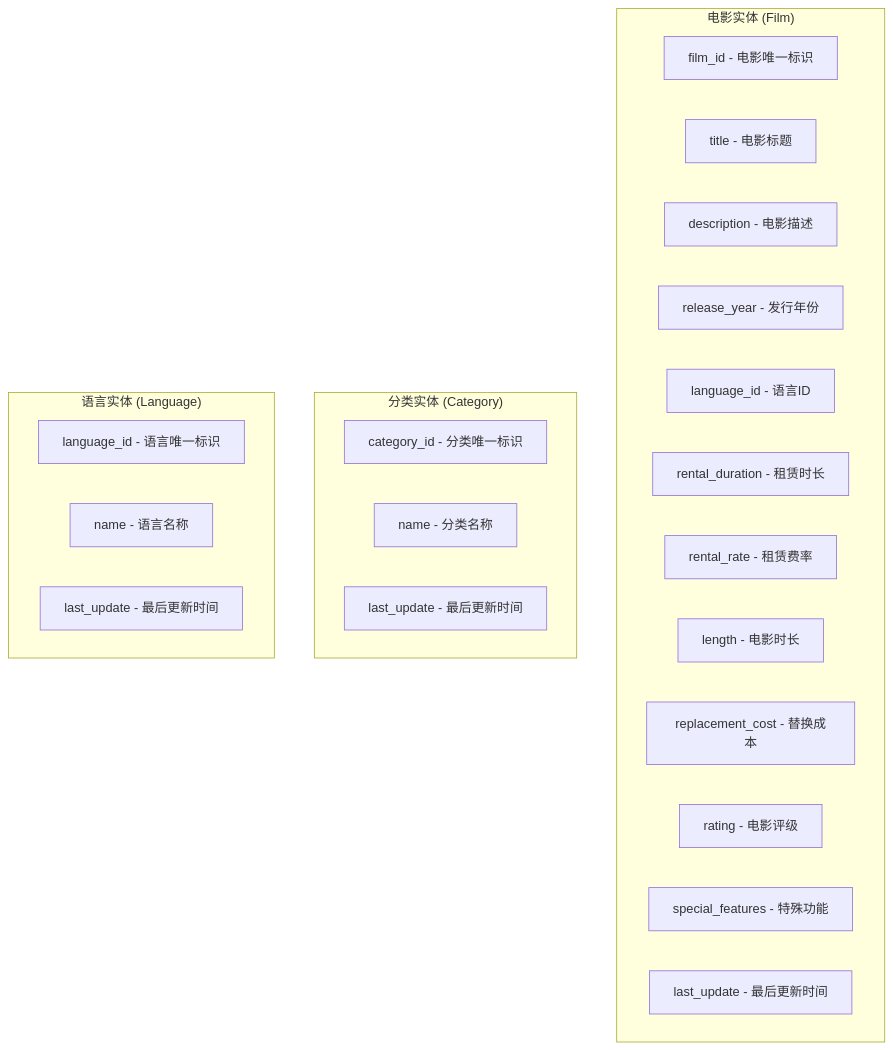
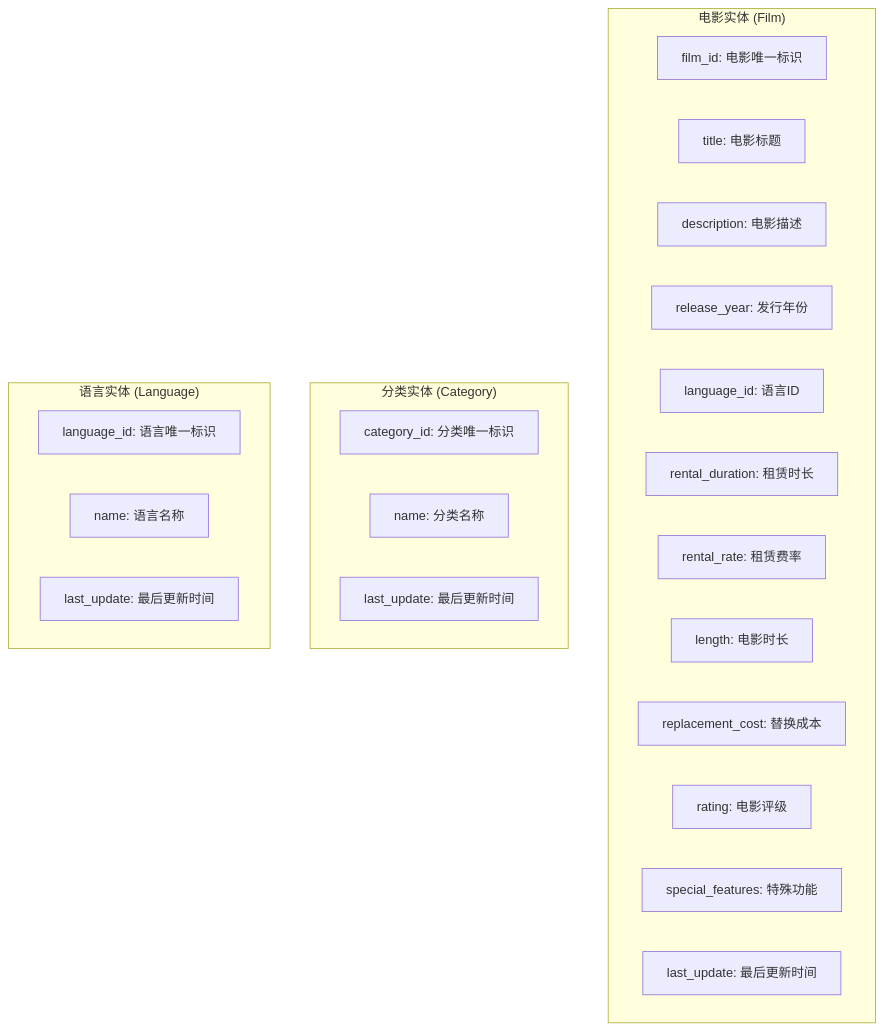
Before and after one commit to mercuryhome/dvdrental-guide: the seventh of 43 diagrams in DVD租赁数据库设计过程.md, drawn with Mermaid. The commit also changed other lines of this file, not shown here.

````diff
--- a/DVD租赁数据库设计过程.md
+++ b/DVD租赁数据库设计过程.md
@@ -215,29 +215,29 @@
 ```mermaid
 graph TB
     subgraph "电影实体 (Film)"
-        F1[film_id - 电影唯一标识]
-        F2[title - 电影标题]
-        F3[description - 电影描述]
-        F4[release_year - 发行年份]
-        F5[language_id - 语言ID]
-        F6[rental_duration - 租赁时长]
-        F7[rental_rate - 租赁费率]
-        F8[length - 电影时长]
-        F9[replacement_cost - 替换成本]
-        F10[rating - 电影评级]
-        F11[special_features - 特殊功能]
-        F12[last_update - 最后更新时间]
+        F1["film_id: 电影唯一标识"]
+        F2["title: 电影标题"]
+        F3["description: 电影描述"]
+        F4["release_year: 发行年份"]
+        F5["language_id: 语言ID"]
+        F6["rental_duration: 租赁时长"]
+        F7["rental_rate: 租赁费率"]
+        F8["length: 电影时长"]
+        F9["replacement_cost: 替换成本"]
+        F10["rating: 电影评级"]
+        F11["special_features: 特殊功能"]
+        F12["last_update: 最后更新时间"]
     end
     
     subgraph "分类实体 (Category)"
-        CAT1[category_id - 分类唯一标识]
-        CAT2[name - 分类名称]
-        CAT3[last_update - 最后更新时间]
+        CAT1["category_id: 分类唯一标识"]
+        CAT2["name: 分类名称"]
+        CAT3["last_update: 最后更新时间"]
     end
     
     subgraph "语言实体 (Language)"
-        L1[language_id - 语言唯一标识]
-        L2[name - 语言名称]
-        L3[last_update - 最后更新时间]
+        L1["language_id: 语言唯一标识"]
+        L2["name: 语言名称"]
+        L3["last_update: 最后更新时间"]
     end
 ```
````
